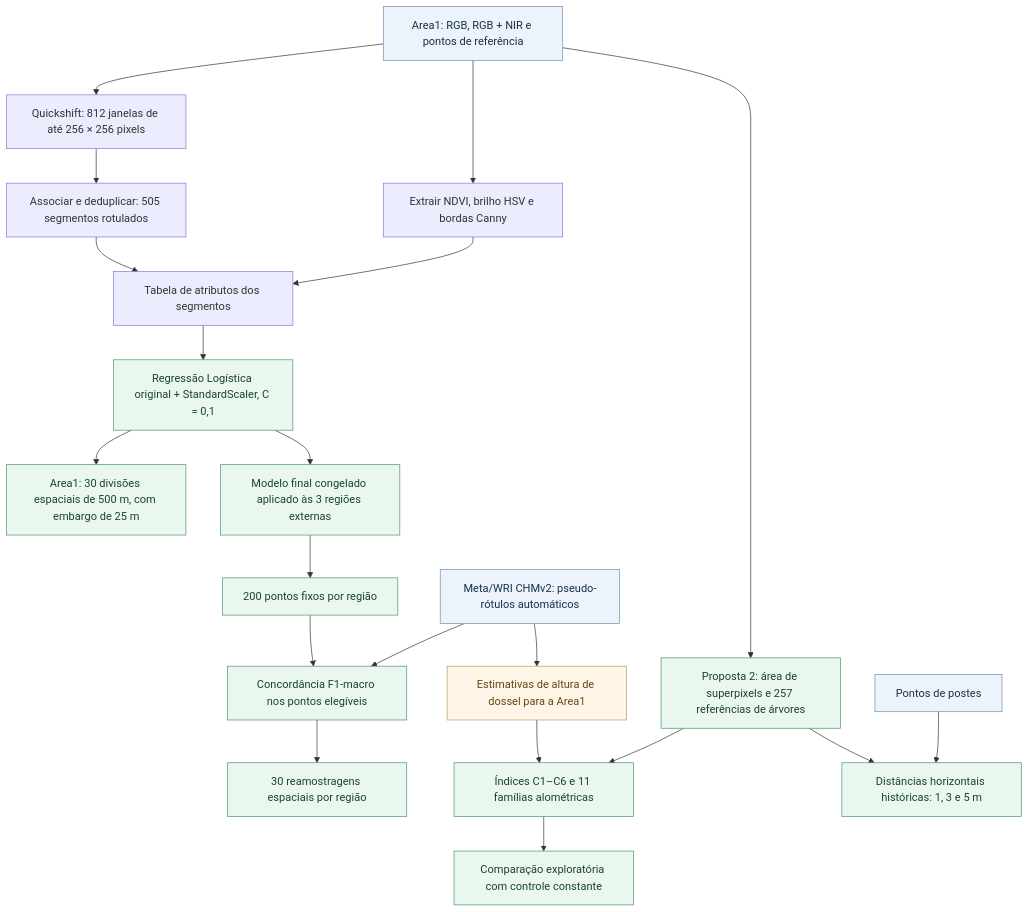
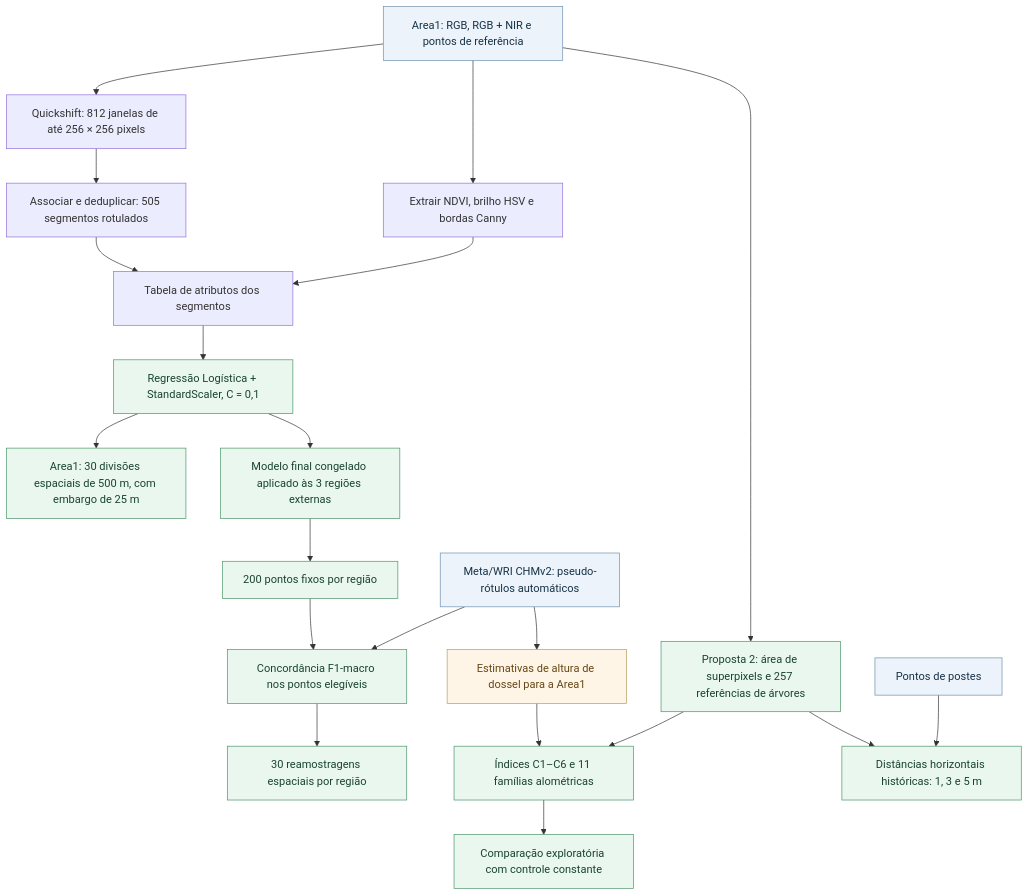
The diagram in README.md (BrenoBragaGalvao/mestrado-arvores-urbanas), drawn with Mermaid before and after one commit. The commit also changed other lines of this file, not shown here.

Commit message:
docs: simplifica menções à Regressão Logística e remove notas após tabela das regiões

````diff
--- a/README.md
+++ b/README.md
@@ -189,28 +185,28 @@
 ```mermaid
 flowchart TD
   A["Area1: RGB, RGB + NIR e pontos de referência"] --> B["Quickshift: 812 janelas de até 256 × 256 pixels"]
   B --> C["Associar e deduplicar: 505 segmentos rotulados"]
   A --> D["Extrair NDVI, brilho HSV e bordas Canny"]
   C --> E["Tabela de atributos dos segmentos"]
   D --> E
-  E --> F["Regressão Logística original + StandardScaler, C = 0,1"]
+  E --> F["Regressão Logística + StandardScaler, C = 0,1"]
   F --> G["Area1: 30 divisões espaciais de 500 m, com embargo de 25 m"]
   F --> H["Modelo final congelado aplicado às 3 regiões externas"]
   H --> I["200 pontos fixos por região"]
   J["Meta/WRI CHMv2: pseudo-rótulos automáticos"] --> K["Concordância F1-macro nos pontos elegíveis"]
   I --> K
   K --> L["30 reamostragens espaciais por região"]
   A --> M["Proposta 2: área de superpixels e 257 referências de árvores"]
   J --> N["Estimativas de altura de dossel para a Area1"]
   M --> O["Índices C1–C6 e 11 famílias alométricas"]
   N --> O
   O --> P["Comparação exploratória com controle constante"]
   Q["Pontos de postes"] --> R["Distâncias horizontais históricas: 1, 3 e 5 m"]
   M --> R
   classDef dados fill:#edf3fa,stroke:#6e90af,color:#163247;
   classDef modelo fill:#e9f7ef,stroke:#4b956a,color:#19442f;
   classDef cautela fill:#fff5e6,stroke:#b89b63,color:#654714;
   class A,J,Q dados;
   class F,G,H,I,K,L,M,O,P,R modelo;
   class N cautela;
 ```
````
